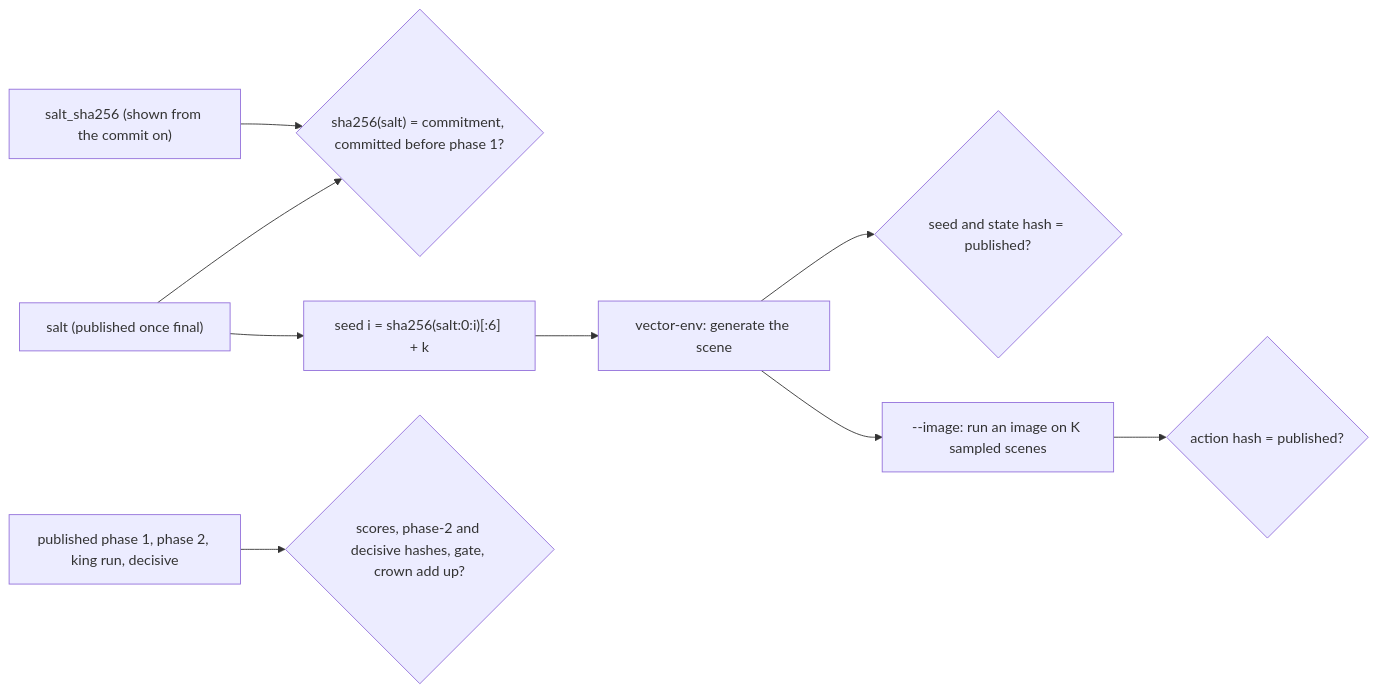
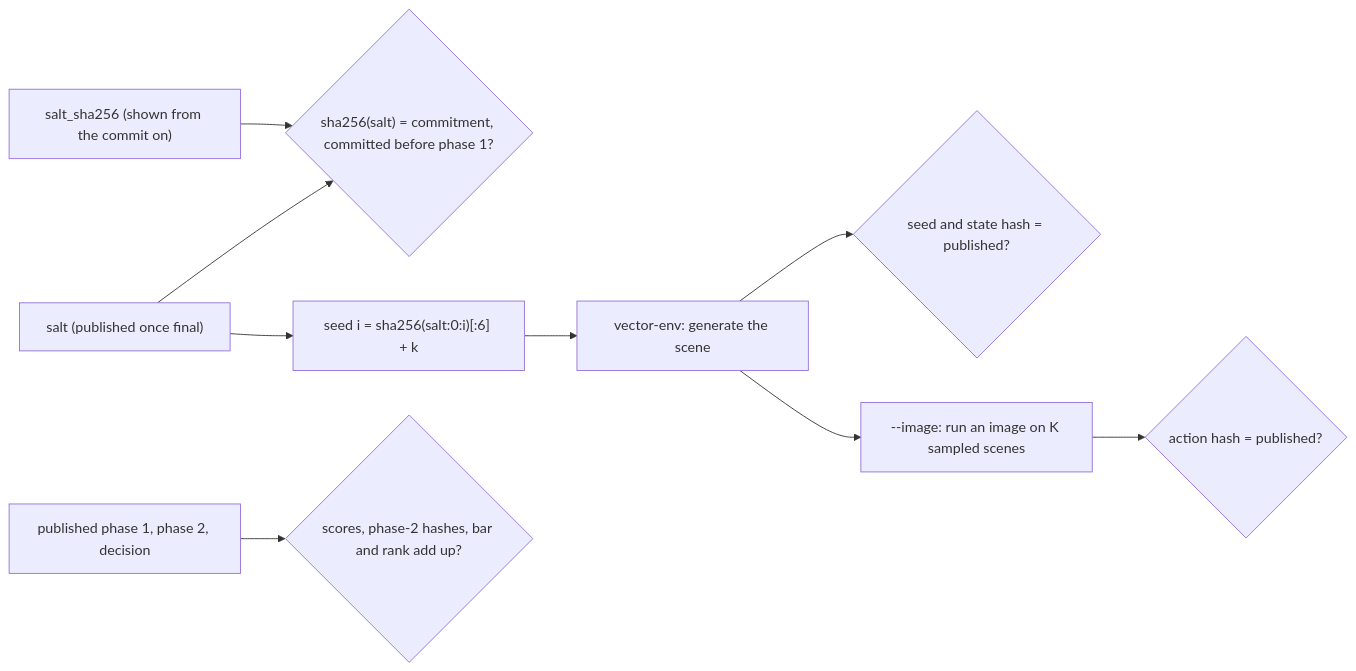
The fourth of 4 diagrams in README.md (robotensor/vector-miner), drawn with Mermaid before and after one commit. The commit also changed other lines of this file and 6 other files, not shown here.

Commit message:
status and verify: ranks and the round decision, no king run

````diff
--- a/README.md
+++ b/README.md
@@ -376,11 +389,11 @@
 ```mermaid
 flowchart LR
   CM["salt_sha256 (shown from the commit on)"] --> CK{"sha256(salt) = commitment, committed before phase 1?"}
   S["salt (published once final)"] --> CK
   S --> SD["seed i = sha256(salt:0:i)[:6] + k"]
   SD --> G["vector-env: generate the scene"]
   G --> H{"seed and state hash = published?"}
-  D["published phase 1, phase 2, king run, decisive"] --> C{"scores, phase-2 and decisive hashes, gate, crown add up?"}
+  D["published phase 1, phase 2, decision"] --> C{"scores, phase-2 hashes, bar and rank add up?"}
   G --> R["--image: run an image on K sampled scenes"]
   R --> A{"action hash = published?"}
 ```
````
